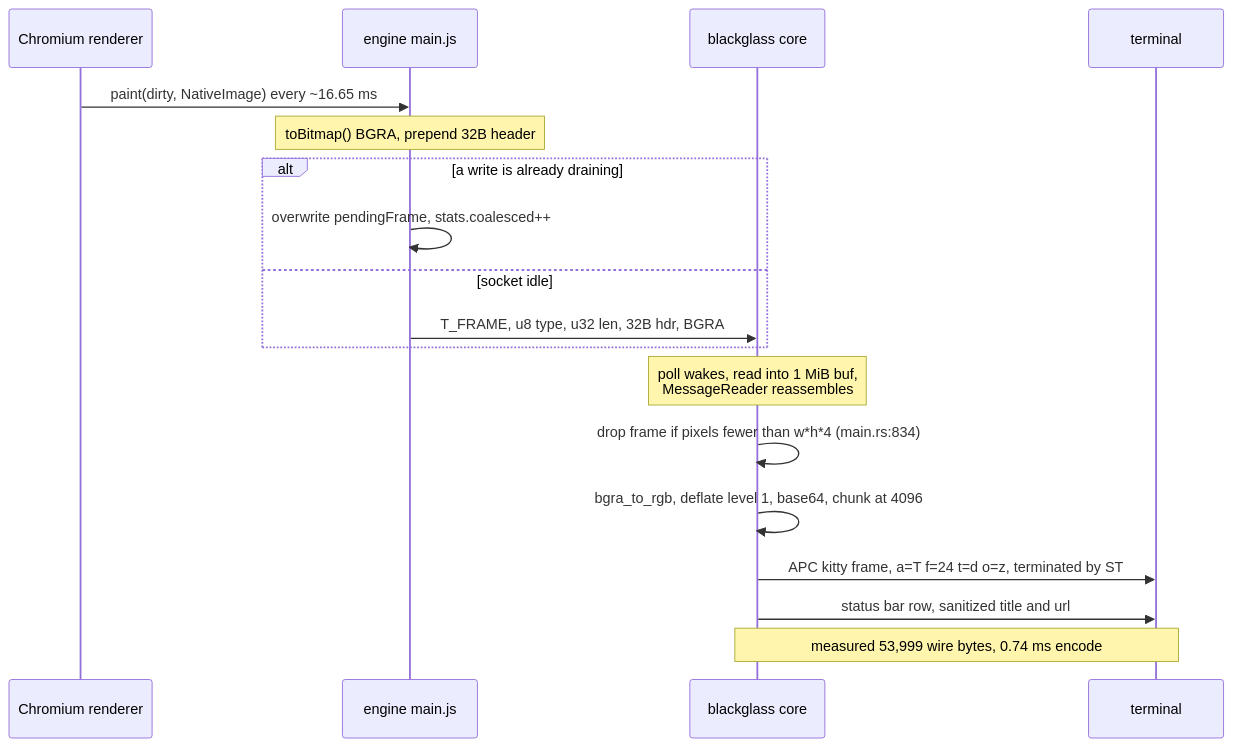
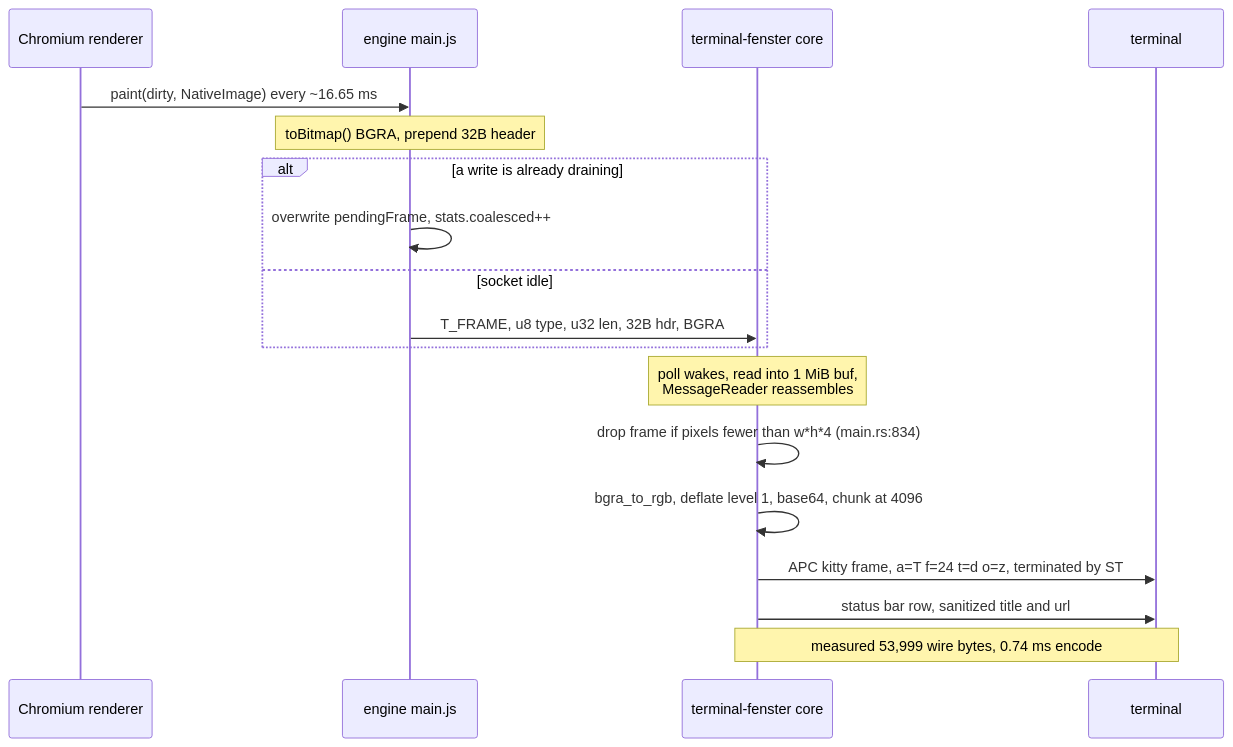
One commit to zent7x/terminal-fenster changed the second of 2 diagrams in artifacts/swarm/B01-architecture-rfc.md. Above: the diagram before and after it, drawn with Mermaid. The commit also changed other lines of this file and 188 other files, not shown here.

First line of the commit message:
Prepare Terminal-Fenster for private open-source release.

````diff
--- a/artifacts/swarm/B01-architecture-rfc.md
+++ b/artifacts/swarm/B01-architecture-rfc.md
@@ -116,21 +116,21 @@
 ```mermaid
 sequenceDiagram
     participant P as Chromium renderer
     participant E as engine main.js
-    participant C as blackglass core
+    participant C as terminal-fenster core
     participant T as terminal
 
     P->>E: paint(dirty, NativeImage) every ~16.65 ms
     Note over E: toBitmap() BGRA, prepend 32B header
     alt a write is already draining
         E->>E: overwrite pendingFrame, stats.coalesced++
     else socket idle
         E->>C: T_FRAME, u8 type, u32 len, 32B hdr, BGRA
     end
     Note over C: poll wakes, read into 1 MiB buf,<br/>MessageReader reassembles
     C->>C: drop frame if pixels fewer than w*h*4 (main.rs:834)
     C->>C: bgra_to_rgb, deflate level 1, base64, chunk at 4096
     C->>T: APC kitty frame, a=T f=24 t=d o=z, terminated by ST
     C->>T: status bar row, sanitized title and url
     Note over C,T: measured 53,999 wire bytes, 0.74 ms encode
 ```
````
